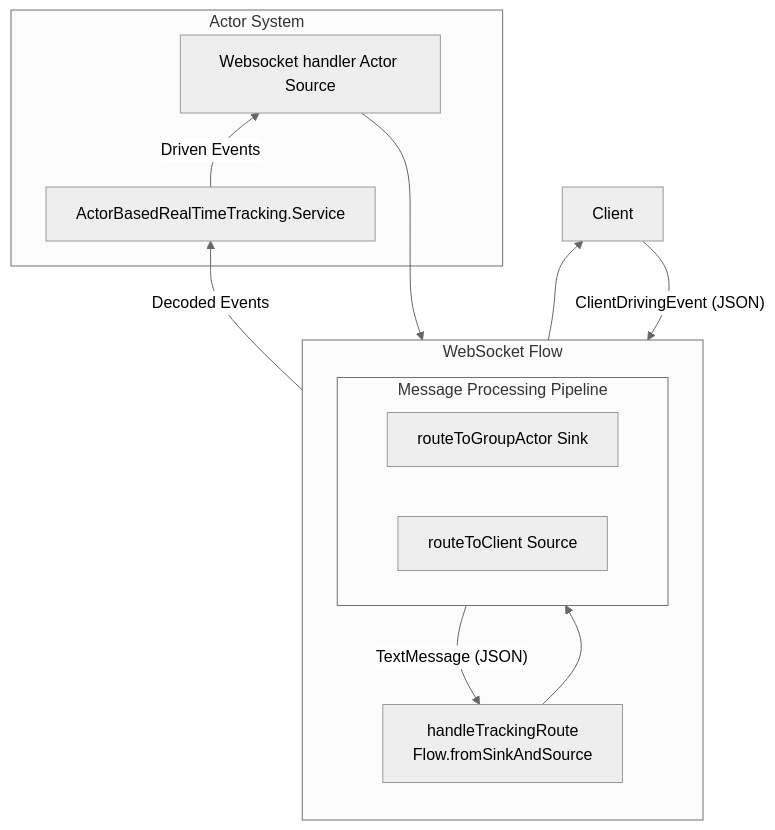
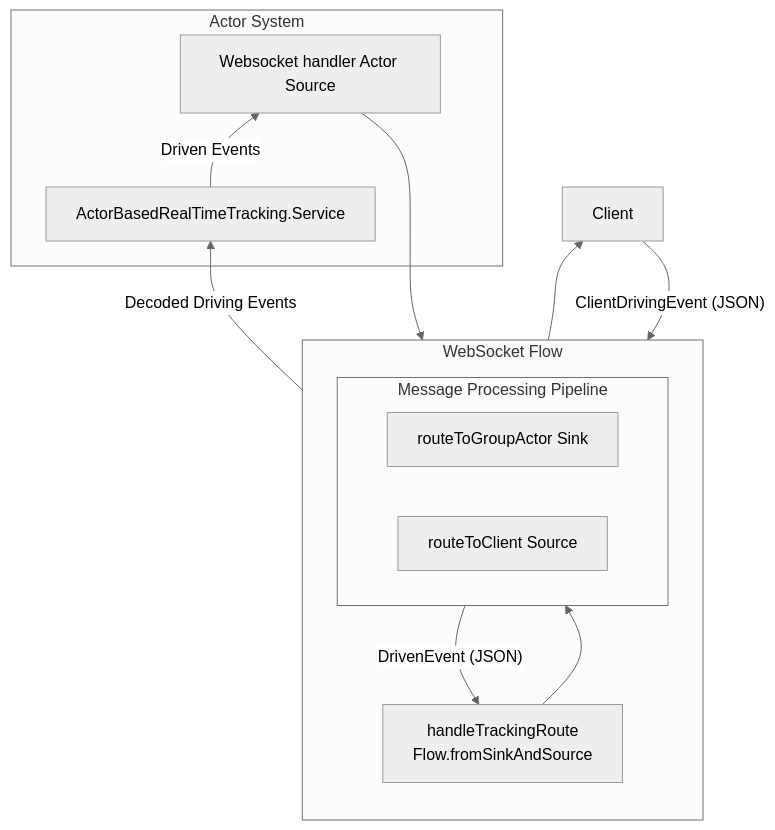
One commit to position-pal/Documentation changed the second of 2 diagrams in content/docs/5-implementation/1-location-service.md. Above: the diagram before and after it, drawn with Mermaid (neutral theme). The commit also changed 12 other files, not shown here.

````diff
--- a/content/docs/5-implementation/1-location-service.md
+++ b/content/docs/5-implementation/1-location-service.md
@@ -266,29 +266,29 @@
 ```mermaid
 flowchart BT
     client[Client] 
     
     subgraph "WebSocket Flow" 
         direction TB
         flow[handleTrackingRoute\nFlow.fromSinkAndSource]
         
         subgraph "Message Processing Pipeline"
             direction LR
             sink[routeToGroupActor Sink]
             source[routeToClient Source]
         end
     end
     
     subgraph "Actor System"
         service[ActorBasedRealTimeTracking.Service]
         actorSource[Websocket handler Actor Source]
     end
     
     client -->|"ClientDrivingEvent (JSON)"| flow
     flow --> sink
-    sink -->|"Decoded Events"| service
+    sink -->|"Decoded Driving Events"| service
     
     service -->|"Driven Events"| actorSource
     actorSource --> source
-    source -->|"TextMessage (JSON)"| flow
+    source -->|"DrivenEvent (JSON)"| flow
     flow --> client
 ```
````
